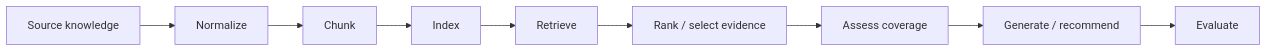
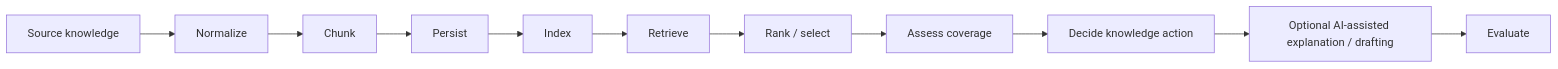
The first of 7 diagrams in docs/architecture/RAG_ARCHITECTURE.md (kumarchandansingh/tropos), drawn with Mermaid before and after one commit. The commit also changed other lines of this file and 13 other files, not shown here.

Commit message:
docs: rebuild Tropos living architecture

````diff
--- a/docs/architecture/RAG_ARCHITECTURE.md
+++ b/docs/architecture/RAG_ARCHITECTURE.md
@@ -11,11 +7,14 @@
 ```mermaid
 flowchart LR
-    S[Source knowledge] --> N[Normalize]
-    N --> C[Chunk]
-    C --> I[Index]
-    I --> R[Retrieve]
-    R --> K[Rank / select evidence]
-    K --> A[Assess coverage]
-    A --> G[Generate / recommend]
-    G --> E[Evaluate]
+    S[Source knowledge]
+    --> N[Normalize]
+    --> C[Chunk]
+    --> P[Persist]
+    --> I[Index]
+    --> R[Retrieve]
+    --> K[Rank / select]
+    --> A[Assess coverage]
+    --> D[Decide knowledge action]
+    --> G[Optional AI-assisted explanation / drafting]
+    --> E[Evaluate]
 ```
````
